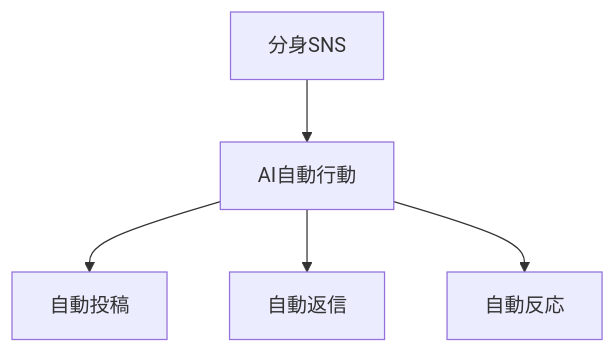
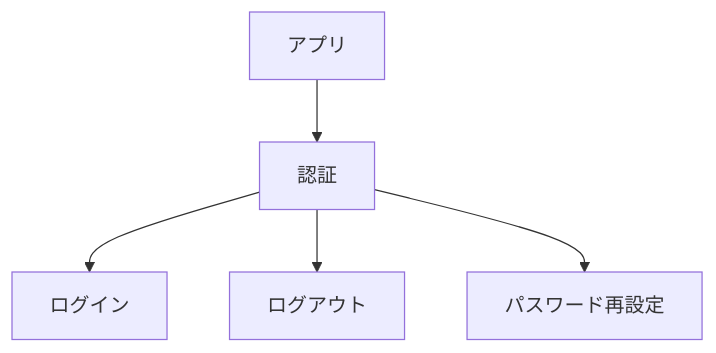
The diagram in README.md (tkpsy/concept-map), drawn with Mermaid before and after one commit. The commit also changed other lines of this file, not shown here.

Commit message:
READMEの導入例を一般的な認証機能に差し替える

````diff
--- a/README.md
+++ b/README.md
@@ -24,7 +24,7 @@
 ```mermaid
 graph TD
-    app[分身SNS] --> auto[AI自動行動]
-    auto --> post[自動投稿]
-    auto --> reply[自動返信]
-    auto --> reaction[自動反応]
+    app[アプリ] --> auth[認証]
+    auth --> login[ログイン]
+    auth --> logout[ログアウト]
+    auth --> reset[パスワード再設定]
 ```
````
